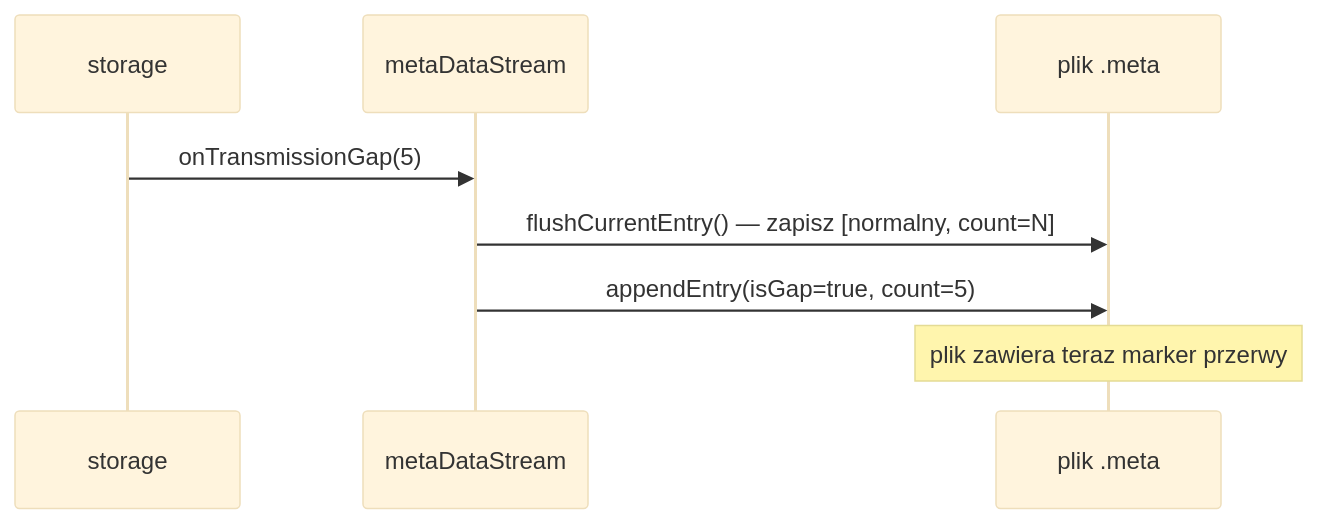
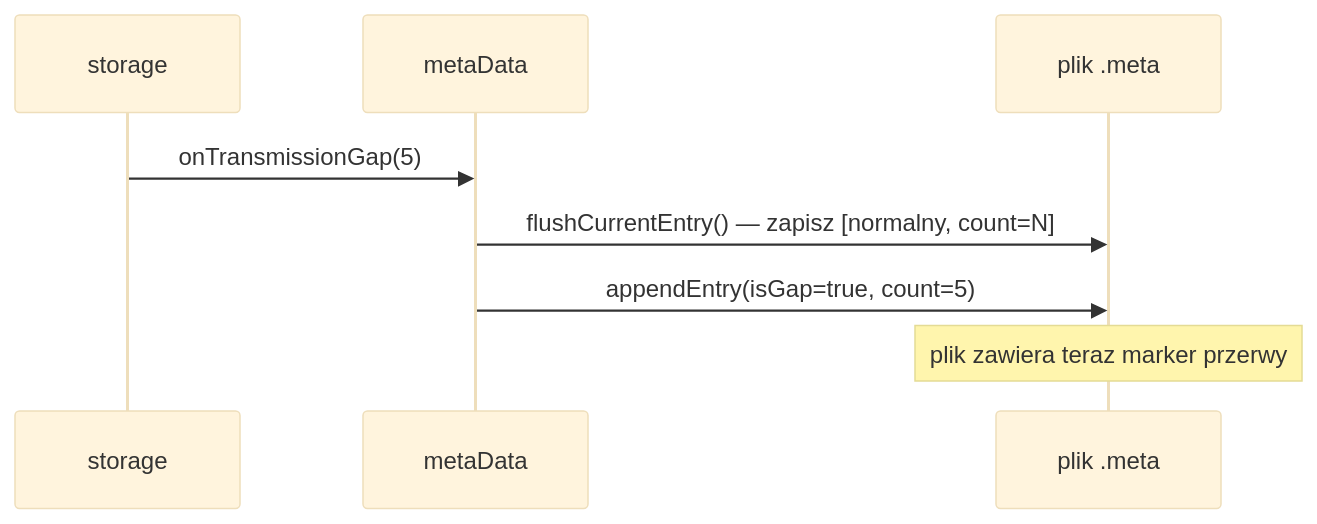
Before and after one commit to michalwidera/dokumentacja-rdb: the second of 9 diagrams in architektura-systemu-przetwarzania-danych/format-zapisu-danych/pliki.md, drawn with Mermaid (base theme). The commit also changed other lines of this file and 16 other files, not shown here.

````diff
--- a/architektura-systemu-przetwarzania-danych/format-zapisu-danych/pliki.md
+++ b/architektura-systemu-przetwarzania-danych/format-zapisu-danych/pliki.md
@@ -281,11 +291,11 @@
 ```mermaid
 sequenceDiagram
     participant S as storage
-    participant M as metaDataStream
+    participant M as metaData
     participant F as plik .meta
 
     S->>M: onTransmissionGap(5)
     M->>F: flushCurrentEntry() — zapisz [normalny, count=N]
     M->>F: appendEntry(isGap=true, count=5)
     Note over F: plik zawiera teraz marker przerwy
 ```
````
